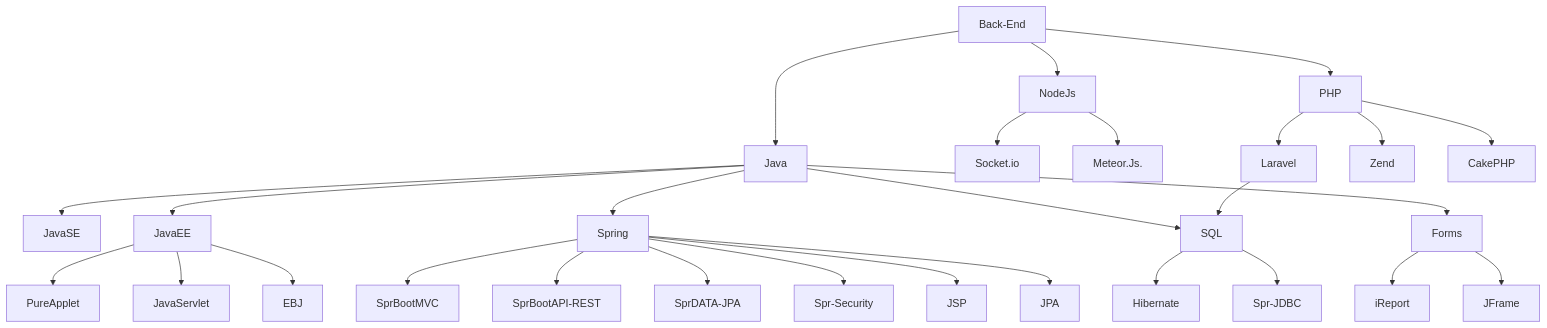
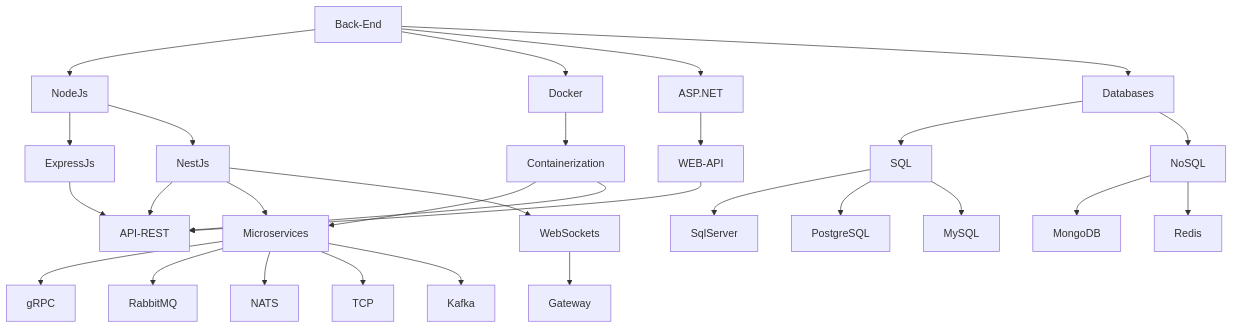
Before and after one commit to HarryOreLara/HarryOreLara: the second of 2 diagrams in README.md, drawn with Mermaid. The commit also changed other lines of this file, not shown here.

````diff
--- a/README.md
+++ b/README.md
@@ -49,30 +49,31 @@
 ```mermaid
 graph TD;
-    Back-End-->Java;
     Back-End-->NodeJs;
-    NodeJs-->Socket.io;
-    NodeJs-->Meteor.Js.
-    Back-End-->PHP;
-    PHP-->Laravel;
-    PHP-->Zend;
-    PHP-->CakePHP;
-    Java-->JavaSE;
-    Java-->JavaEE;
-    JavaEE-->PureApplet;
-    JavaEE-->JavaServlet;
-    JavaEE-->EBJ;
-    Java-->Spring;
-    Java-->SQL;
-    Laravel-->SQL;
-    Spring-->SprBootMVC;
-    Spring-->SprBootAPI-REST;
-    Spring-->SprDATA-JPA;
-    SQL-->Hibernate;
-    SQL-->Spr-JDBC;
-    Spring-->Spr-Security;
-    Spring-->JSP;
-    Spring-->JPA;
-    Java-->Forms;
-    Forms-->iReport
-    Forms-->JFrame;
+    Back-End-->Docker;
+    Docker-->Containerization;
+    Back-End-->ASP.NET;
+    ASP.NET-->WEB-API;
+    WEB-API-->API-REST;
+    Back-End-->Databases;
+    Databases-->SQL;
+    Databases-->NoSQL;
+    NoSQL-->MongoDB;
+    NoSQL-->Redis;
+    SQL-->SqlServer;
+    SQL-->PostgreSQL;
+    SQL-->MySQL;
+    NodeJs-->ExpressJs;
+    NodeJs-->NestJs;
+    ExpressJs-->API-REST;
+    NestJs-->API-REST;
+    NestJs-->Microservices;
+    Microservices-->gRPC;
+    Microservices-->RabbitMQ;
+    Microservices-->NATS;
+    Microservices-->TCP;
+    Microservices-->Kafka;
+    NestJs-->WebSockets;
+    WebSockets-->Gateway;
+    Containerization-->Microservices;
+    Containerization-->API-REST;
 ```
````
